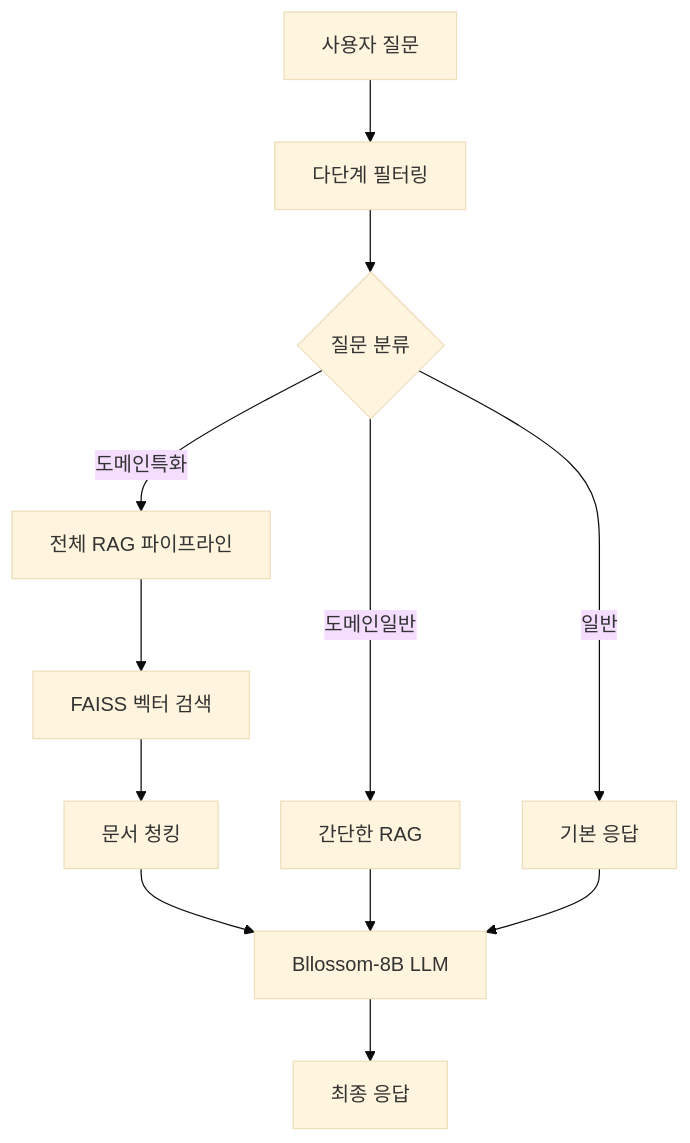
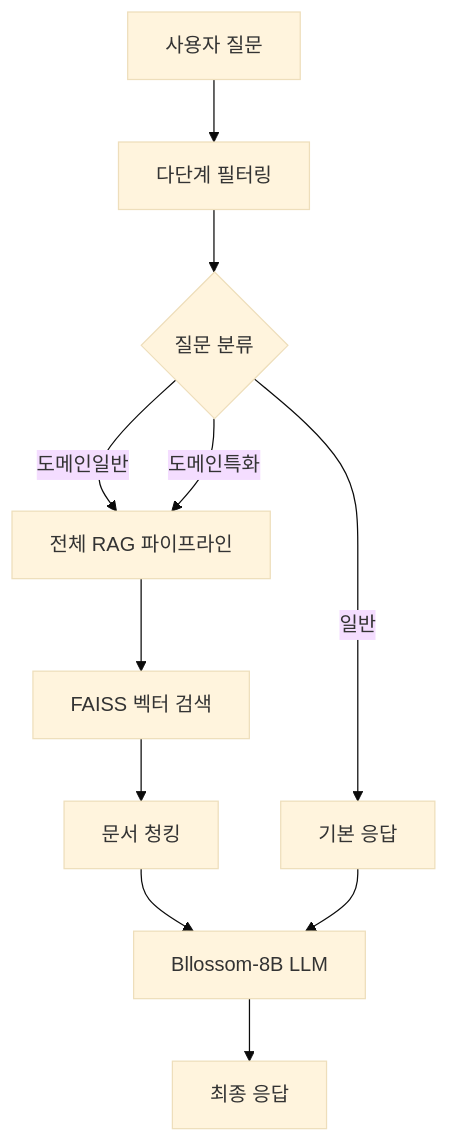
One commit to kikiru328/RAG-LLM changed the diagram in README.md. Above: the diagram before and after it, drawn with Mermaid (base theme).

Commit message:
docs: update diagram

````diff
--- a/README.md
+++ b/README.md
@@ -26,14 +26,13 @@
 ```mermaid
 graph TD
     A[사용자 질문] --> B[다단계 필터링]
     B --> C{질문 분류}
     C -->|일반| D[기본 응답]
-    C -->|도메인일반| E[간단한 RAG]
+    C -->|도메인일반| F[전체 RAG 파이프라인]
     C -->|도메인특화| F[전체 RAG 파이프라인]
     F --> G[FAISS 벡터 검색]
     G --> H[문서 청킹]
     H --> I[Bllossom-8B LLM]
-    E --> I
     D --> I
     I --> J[최종 응답]
 ```
````
